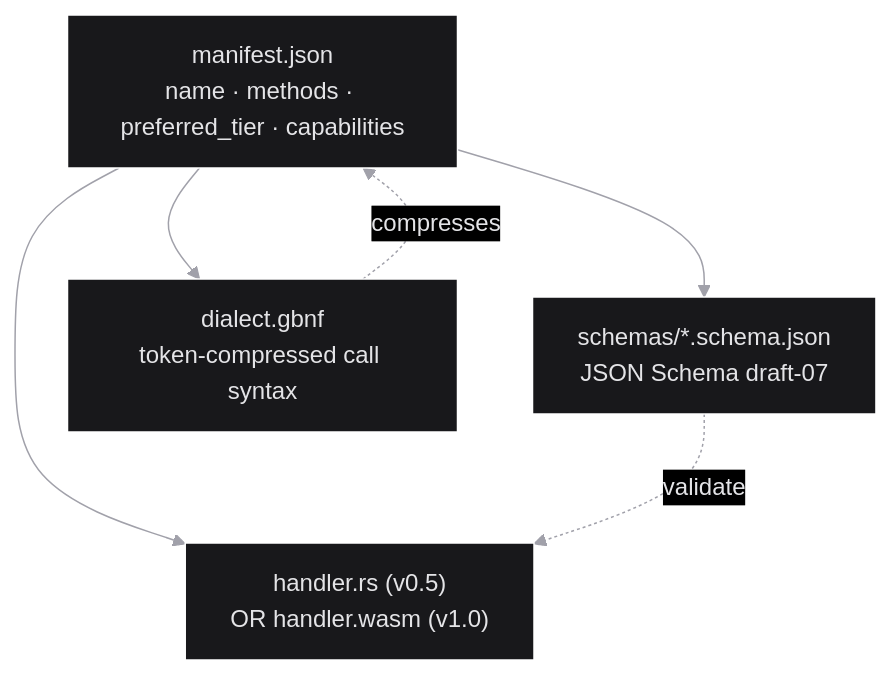
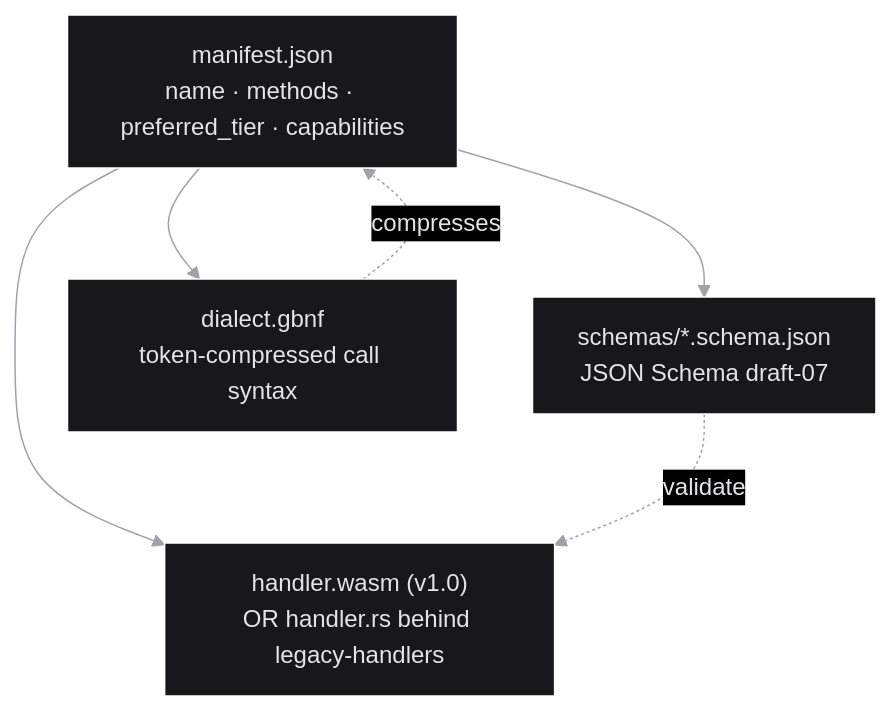
Before and after one commit to EvolvingAgentsLabs/llm_os: the fourth of 7 diagrams in docs/ARCHITECTURE.md, drawn with Mermaid. The commit also changed other lines of this file and 12 other files, not shown here.

````diff
--- a/docs/ARCHITECTURE.md
+++ b/docs/ARCHITECTURE.md
@@ -151,14 +301,14 @@
 ```mermaid
 %%{init: {'theme':'base', 'themeVariables': {'primaryColor':'#18181b','primaryTextColor':'#e4e4e7','primaryBorderColor':'#ffffff','lineColor':'#a1a1aa','secondaryColor':'#27272a','background':'#000','mainBkg':'#18181b','clusterBkg':'#000','clusterBorder':'#a1a1aa','edgeLabelBackground':'#000','fontFamily':'ui-monospace, monospace'}}}%%
 flowchart TB
     Manifest["manifest.json<br/>name · methods · preferred_tier · capabilities"]
     Schemas["schemas/*.schema.json<br/>JSON Schema draft-07"]
     Dialect["dialect.gbnf<br/>token-compressed call syntax"]
-    Handler["handler.rs (v0.5)<br/>OR handler.wasm (v1.0)"]
+    Handler["handler.wasm (v1.0)<br/>OR handler.rs behind legacy-handlers"]
 
     Manifest --> Schemas
     Manifest --> Dialect
     Manifest --> Handler
     Schemas -. validate .-> Handler
     Dialect -. compresses .-> Manifest
 ```
````
